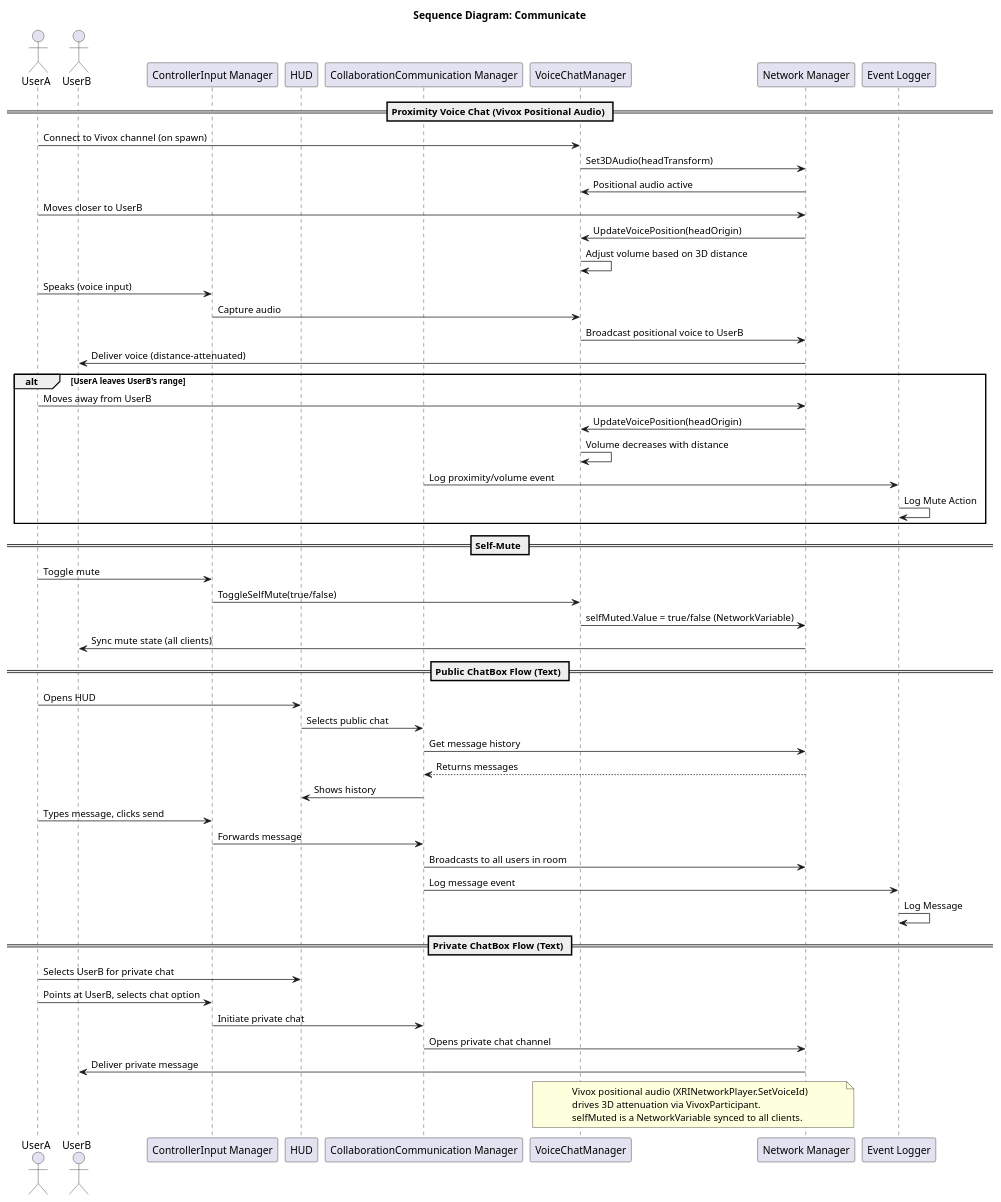
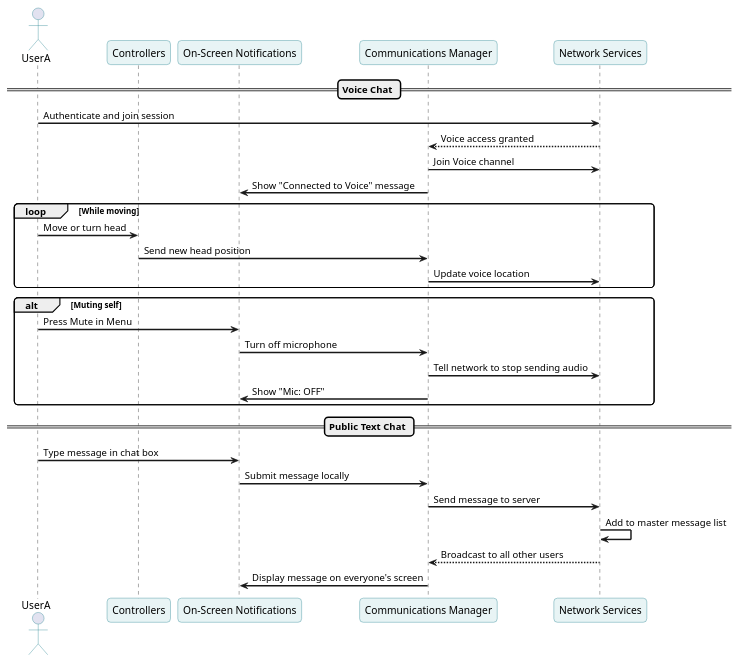
Before and after one commit to World-Domination-Plan/Project_X: the diagram in uml/sequence diagrams/use_cases/Communicate/uml.puml, drawn with PlantUML. The commit also changed 1 other file, not shown here.

Commit message:
updated communicate uml and png

```diff
--- a/uml/sequence diagrams/use_cases/Communicate/uml.puml
+++ b/uml/sequence diagrams/use_cases/Communicate/uml.puml
@@ -1,64 +1,50 @@
-@startuml
-title Sequence Diagram: Communicate
+@startuml XR_VoiceChat_Updated
+
+skinparam sequenceArrowThickness 2
+skinparam roundcorner 10
+skinparam sequenceParticipantBorderColor #21808D
+skinparam sequenceParticipantBackgroundColor #e8f4f5
+skinparam actorBorderColor #21808D
+skinparam noteBackgroundColor #fffde7
+skinparam noteBorderColor #e0c000
 
 actor UserA
-actor UserB
-participant "ControllerInput Manager" as CIM
-participant "HUD" as HUD
-participant "CollaborationCommunication Manager" as CCM
-participant "VoiceChatManager" as VoiceChat
-participant "Network Manager" as NM
-participant "Event Logger" as EL
 
-== Proximity Voice Chat (Vivox Positional Audio) ==
-UserA -> VoiceChat: Connect to Vivox channel (on spawn)
-VoiceChat -> NM: Set3DAudio(headTransform)
-NM -> VoiceChat: Positional audio active
+participant "Controllers" as Input
+participant "On-Screen Notifications" as HUD
+participant "Communications Manager" as CCM
+participant "Network Services" as NM
 
-UserA -> NM: Moves closer to UserB
-NM -> VoiceChat: UpdateVoicePosition(headOrigin)
-VoiceChat -> VoiceChat: Adjust volume based on 3D distance
-UserA -> CIM: Speaks (voice input)
-CIM -> VoiceChat: Capture audio
-VoiceChat -> NM: Broadcast positional voice to UserB
-NM -> UserB: Deliver voice (distance-attenuated)
 
-alt UserA leaves UserB's range
-    UserA -> NM: Moves away from UserB
-    NM -> VoiceChat: UpdateVoicePosition(headOrigin)
-    VoiceChat -> VoiceChat: Volume decreases with distance
-    CCM -> EL: Log proximity/volume event
-    EL -> EL: Log Mute Action
+== Voice Chat ==
+
+UserA -> NM : Authenticate and join session
+NM --> CCM : Voice access granted
+CCM -> NM : Join Voice channel
+CCM -> HUD : Show "Connected to Voice" message
+
+loop While moving
+    UserA -> Input : Move or turn head
+    Input -> CCM : Send new head position
+    CCM -> NM : Update voice location
 end
 
-== Self-Mute ==
-UserA -> CIM: Toggle mute
-CIM -> VoiceChat: ToggleSelfMute(true/false)
-VoiceChat -> NM: selfMuted.Value = true/false (NetworkVariable)
-NM -> UserB: Sync mute state (all clients)
+alt Muting self
+    UserA -> HUD : Press Mute in Menu
+    HUD -> CCM : Turn off microphone
+    CCM -> NM : Tell network to stop sending audio
+    CCM -> HUD : Show "Mic: OFF"
 
-== Public ChatBox Flow (Text) ==
-UserA -> HUD: Opens HUD
-HUD -> CCM: Selects public chat
-CCM -> NM: Get message history
-NM --> CCM: Returns messages
-CCM -> HUD: Shows history
-UserA -> CIM: Types message, clicks send
-CIM -> CCM: Forwards message
-CCM -> NM: Broadcasts to all users in room
-CCM -> EL: Log message event
-EL -> EL: Log Message
+end
 
-== Private ChatBox Flow (Text) ==
-UserA -> HUD: Selects UserB for private chat
-UserA -> CIM: Points at UserB, selects chat option
-CIM -> CCM: Initiate private chat
-CCM -> NM: Opens private chat channel
-NM -> UserB: Deliver private message
+== Public Text Chat ==
 
-note over VoiceChat, NM
-    Vivox positional audio (XRINetworkPlayer.SetVoiceId)
-    drives 3D attenuation via VivoxParticipant.
-    selfMuted is a NetworkVariable synced to all clients.
-end note
+UserA -> HUD : Type message in chat box
+HUD -> CCM : Submit message locally
+CCM -> NM : Send message to server
+NM -> NM : Add to master message list
+NM --> CCM : Broadcast to all other users
+CCM -> HUD : Display message on everyone's screen
+
+
 @enduml
```
